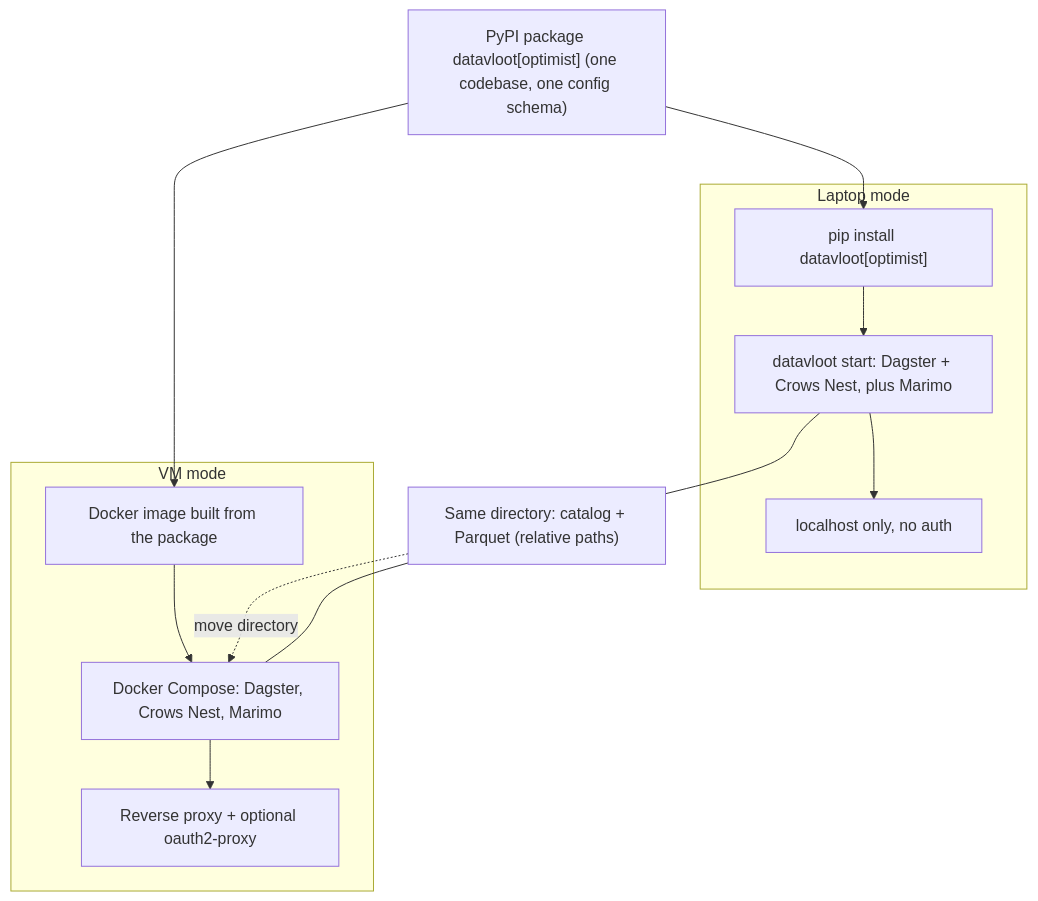
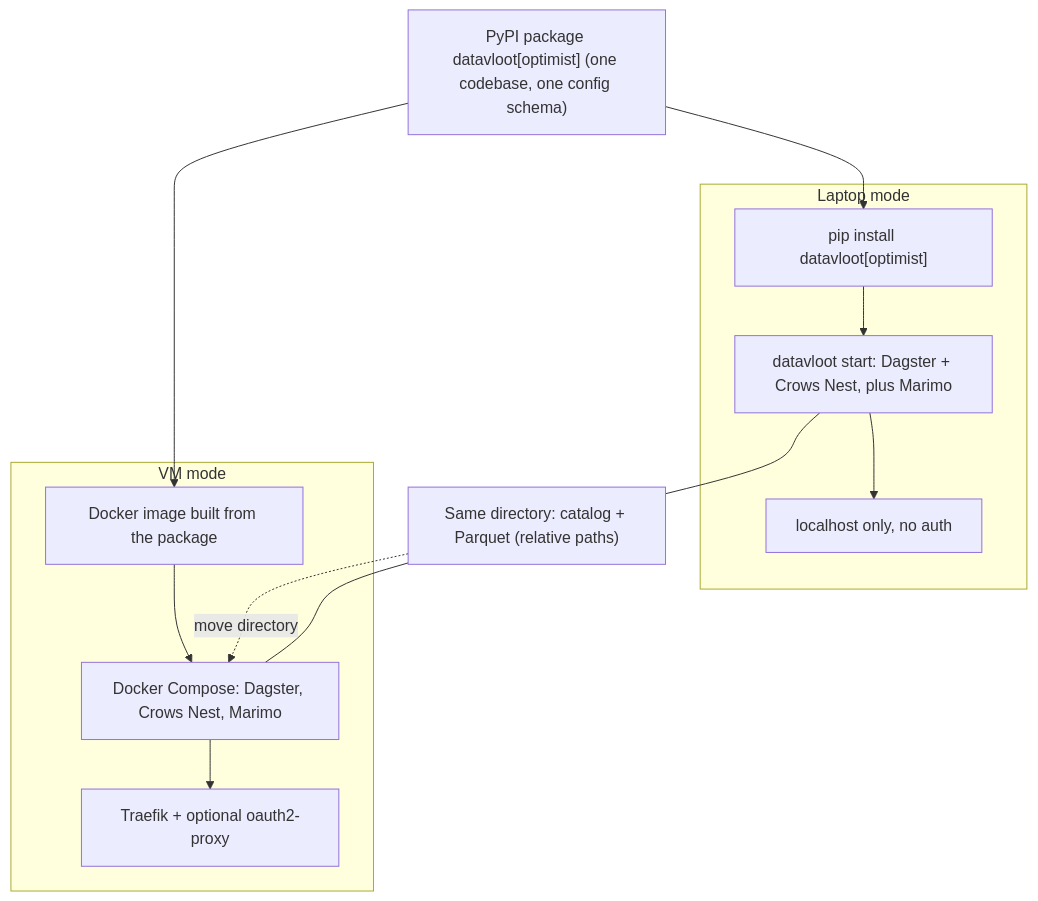
One commit to datavloot/datavloot-toolkit changed the third of 6 diagrams in docs/architecture.md. Above: the diagram before and after it, drawn with Mermaid. The commit also changed other lines of this file, not shown here.

First line of the commit message:
Align architecture doc with the Valk and Traefik

````diff
--- a/docs/architecture.md
+++ b/docs/architecture.md
@@ -76,24 +76,24 @@
 ```mermaid
 flowchart TB
     PKG["PyPI package datavloot[optimist] (one codebase, one config schema)"]
 
     subgraph LAPTOP["Laptop mode"]
         L1["pip install datavloot[optimist]"]
         L2["datavloot start: Dagster + Crows Nest, plus Marimo"]
         L3["localhost only, no auth"]
     end
 
     subgraph VM["VM mode"]
         V1["Docker image built from the package"]
         V2["Docker Compose: Dagster, Crows Nest, Marimo"]
-        V3["Reverse proxy + optional oauth2-proxy"]
+        V3["Traefik + optional oauth2-proxy"]
     end
 
     DIR["Same directory: catalog + Parquet (relative paths)"]
 
     PKG --> L1 --> L2 --> L3
     PKG --> V1 --> V2 --> V3
     L2 --- DIR
     V2 --- DIR
     DIR -. "move directory" .-> V2
 ```
````
